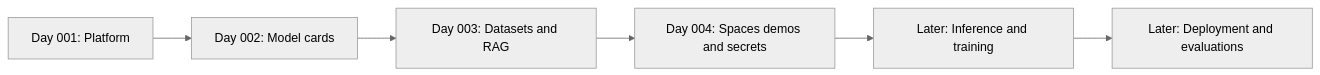
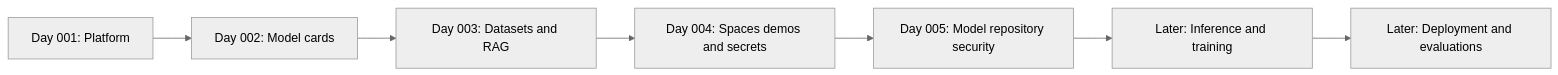
The diagram in knowledge-hub/05-AI-AND-LLMS/AI-ACADEMY/PLATFORMS/HUGGING-FACE/SEASON-01/README.md (codetherapistpita-oss/codetherapistpita-oss), drawn with Mermaid (neutral theme) before and after one commit. The commit also changed other lines of this file, not shown here.

Commit message:
academy: link Day 005 security lesson in course navigation

````diff
--- a/knowledge-hub/05-AI-AND-LLMS/AI-ACADEMY/PLATFORMS/HUGGING-FACE/SEASON-01/README.md
+++ b/knowledge-hub/05-AI-AND-LLMS/AI-ACADEMY/PLATFORMS/HUGGING-FACE/SEASON-01/README.md
@@ -20,8 +21,9 @@
 ```mermaid
 flowchart LR
  A[Day 001: Platform] --> B[Day 002: Model cards]
  B --> C[Day 003: Datasets and RAG]
  C --> D[Day 004: Spaces demos and secrets]
- D --> E[Later: Inference and training]
- E --> F[Later: Deployment and evaluations]
+ D --> E[Day 005: Model repository security]
+ E --> F[Later: Inference and training]
+ F --> G[Later: Deployment and evaluations]
 ```
````
